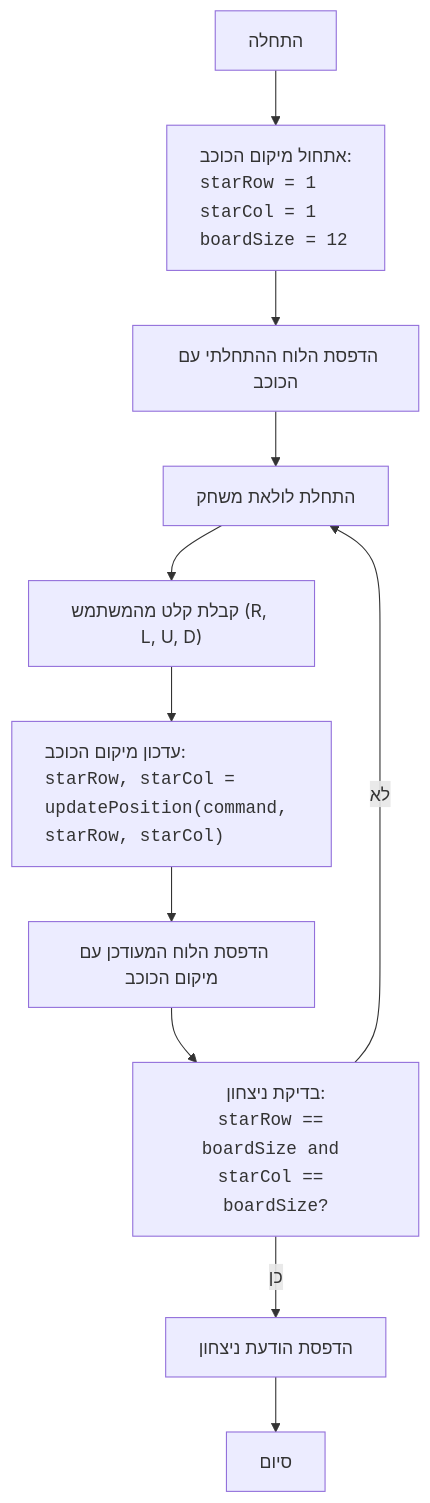
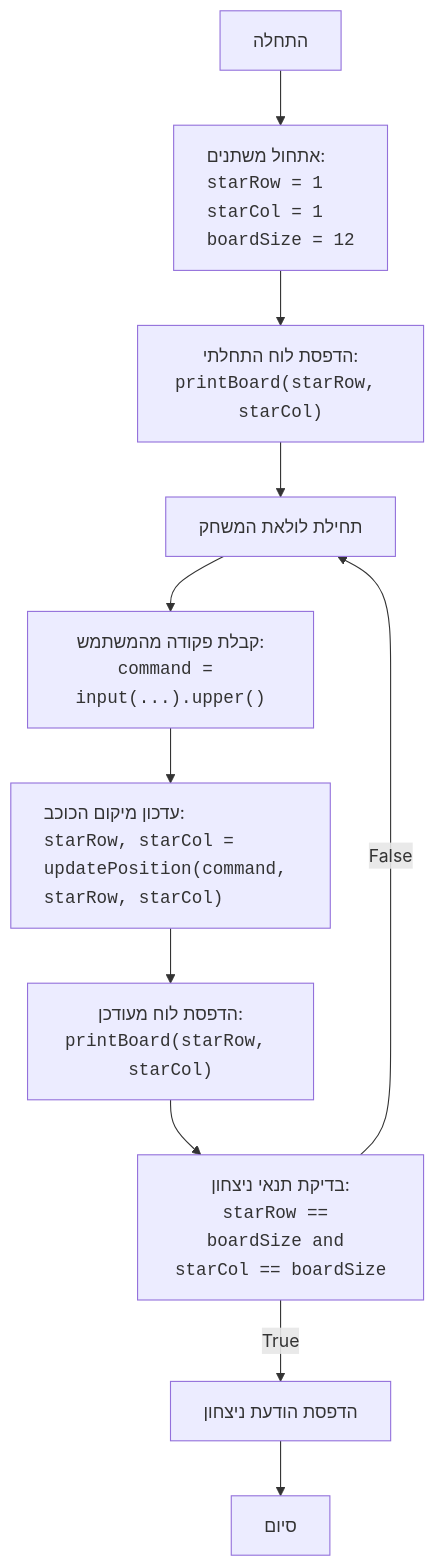
Before and after one commit to hypo69/hypo: the diagram in docs/gemini/he/explainer/src/endpoints/ai_games/101_basic_computer_games/ru/GAMES/STARS/stars.py.md, drawn with Mermaid. The commit also changed other lines of this file and 885 other files, not shown here.

````diff
--- a/docs/gemini/he/explainer/src/endpoints/ai_games/101_basic_computer_games/ru/GAMES/STARS/stars.py.md
+++ b/docs/gemini/he/explainer/src/endpoints/ai_games/101_basic_computer_games/ru/GAMES/STARS/stars.py.md
@@ -37,13 +56,16 @@
 ```mermaid
 flowchart TD
-    Start["התחלה"] --> InitializePosition["<p align='left'>אתחול מיקום הכוכב:<br><code>starRow = 1<br>starCol = 1<br>boardSize = 12</code></p>"]
-    InitializePosition --> PrintInitialBoard["הדפסת הלוח ההתחלתי עם הכוכב"]
-    PrintInitialBoard --> GameLoopStart["התחלת לולאת משחק"]
-    GameLoopStart --> GetUserInput["קבלת קלט מהמשתמש (R, L, U, D)"]
-    GetUserInput --> UpdateStarPosition["<p align='left'>עדכון מיקום הכוכב:<br><code>starRow, starCol = updatePosition(command, starRow, starCol)</code></p>"]
-    UpdateStarPosition --> PrintUpdatedBoard["הדפסת הלוח המעודכן עם מיקום הכוכב"]
-    PrintUpdatedBoard --> CheckWin["בדיקת ניצחון:<br><code>starRow == boardSize and starCol == boardSize?</code>"]
-    CheckWin -- "כן" --> DisplayWinMessage["הדפסת הודעת ניצחון"]
-    DisplayWinMessage --> End["סיום"]
-    CheckWin -- "לא" --> GameLoopStart
+    Start["התחלה"] --> InitializeVariables["<p align='left'>אתחול משתנים:<br><code>starRow = 1<br>starCol = 1<br>boardSize = 12</code></p>"]
+    InitializeVariables --> PrintInitialBoard["הדפסת לוח התחלתי:<br><code>printBoard(starRow, starCol)</code>"]
+    PrintInitialBoard --> GameLoopStart["תחילת לולאת המשחק"]
+    GameLoopStart --> GetCommand["קבלת פקודה מהמשתמש:<br><code>command = input(...).upper()</code>"]
+    GetCommand --> UpdateStarPosition["<p align='left'>עדכון מיקום הכוכב:<br><code>starRow, starCol = updatePosition(command, starRow, starCol)</code></p>"]
+    UpdateStarPosition --> PrintUpdatedBoard["הדפסת לוח מעודכן:<br><code>printBoard(starRow, starCol)</code>"]
+    PrintUpdatedBoard --> CheckWinCondition["בדיקת תנאי ניצחון:<br><code>starRow == boardSize and starCol == boardSize</code>"]
+    CheckWinCondition -- True --> PrintWinMessage["הדפסת הודעת ניצחון"]
+    PrintWinMessage --> GameEnd["סיום"]
+    CheckWinCondition -- False --> GameLoopStart
+    
+    
+    
 ```
````
